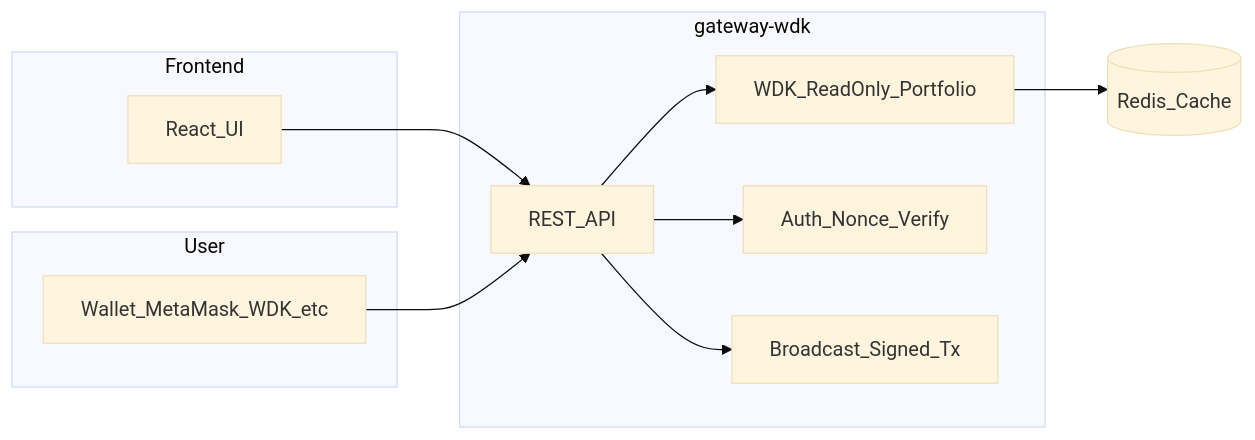
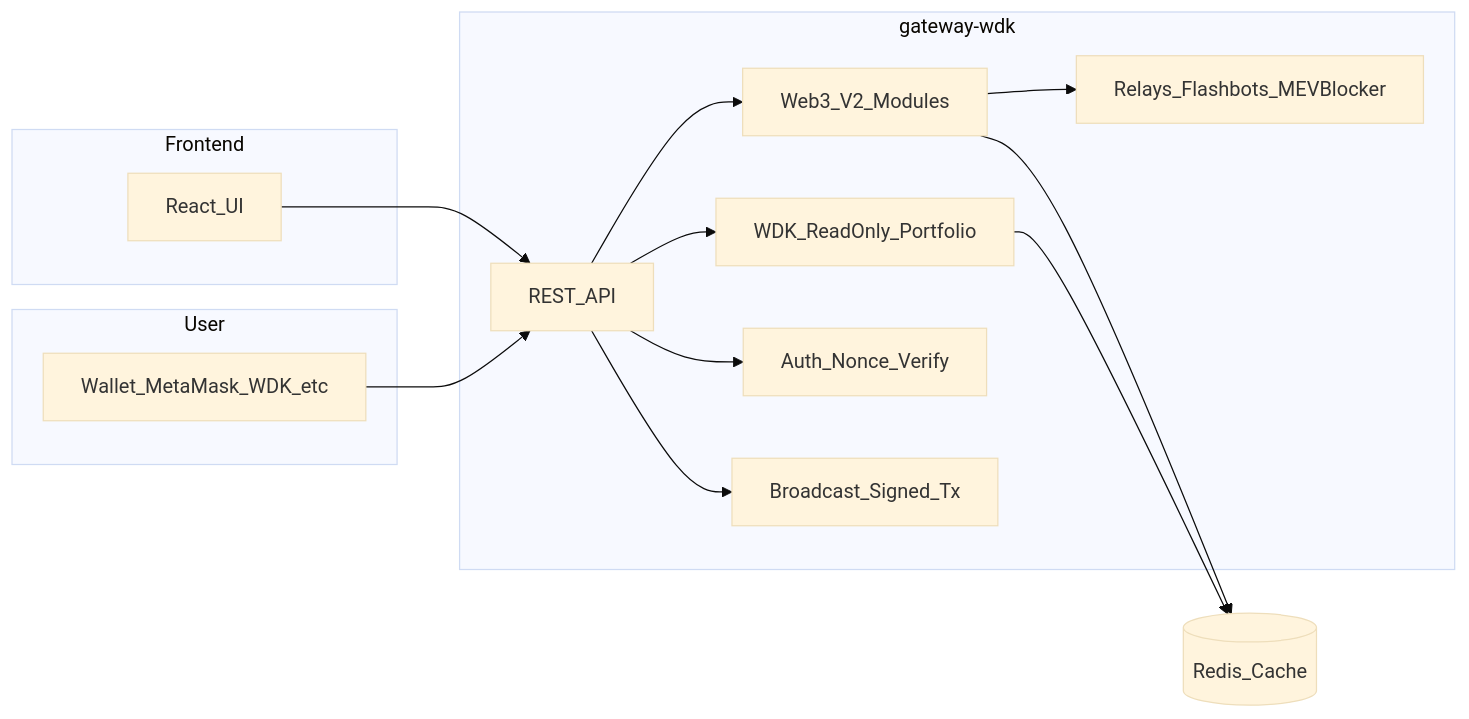
Before and after one commit to Godwin-88/probable-octo-chainsaw: the first of 2 diagrams in docs/WDK_INTEGRATION.md, drawn with Mermaid (base theme). The commit also changed other lines of this file and 3208 other files, not shown here.

````diff
--- a/docs/WDK_INTEGRATION.md
+++ b/docs/WDK_INTEGRATION.md
@@ -13,21 +13,26 @@
 ```mermaid
 flowchart LR
   subgraph user [User]
     Wallet[Wallet_MetaMask_WDK_etc]
   end
   subgraph gateway [gateway-wdk]
     REST[REST_API]
+    V2[Web3_V2_Modules]
     WDK_Read[WDK_ReadOnly_Portfolio]
     Auth[Auth_Nonce_Verify]
     Broadcast[Broadcast_Signed_Tx]
+    Relay[Relays_Flashbots_MEVBlocker]
   end
   subgraph frontend [Frontend]
     UI[React_UI]
   end
   UI --> REST
   Wallet --> REST
+  REST --> V2
   REST --> WDK_Read
   REST --> Auth
   REST --> Broadcast
+  V2 --> Relay
   WDK_Read --> Redis[(Redis_Cache)]
+  V2 --> Redis
 ```
````
